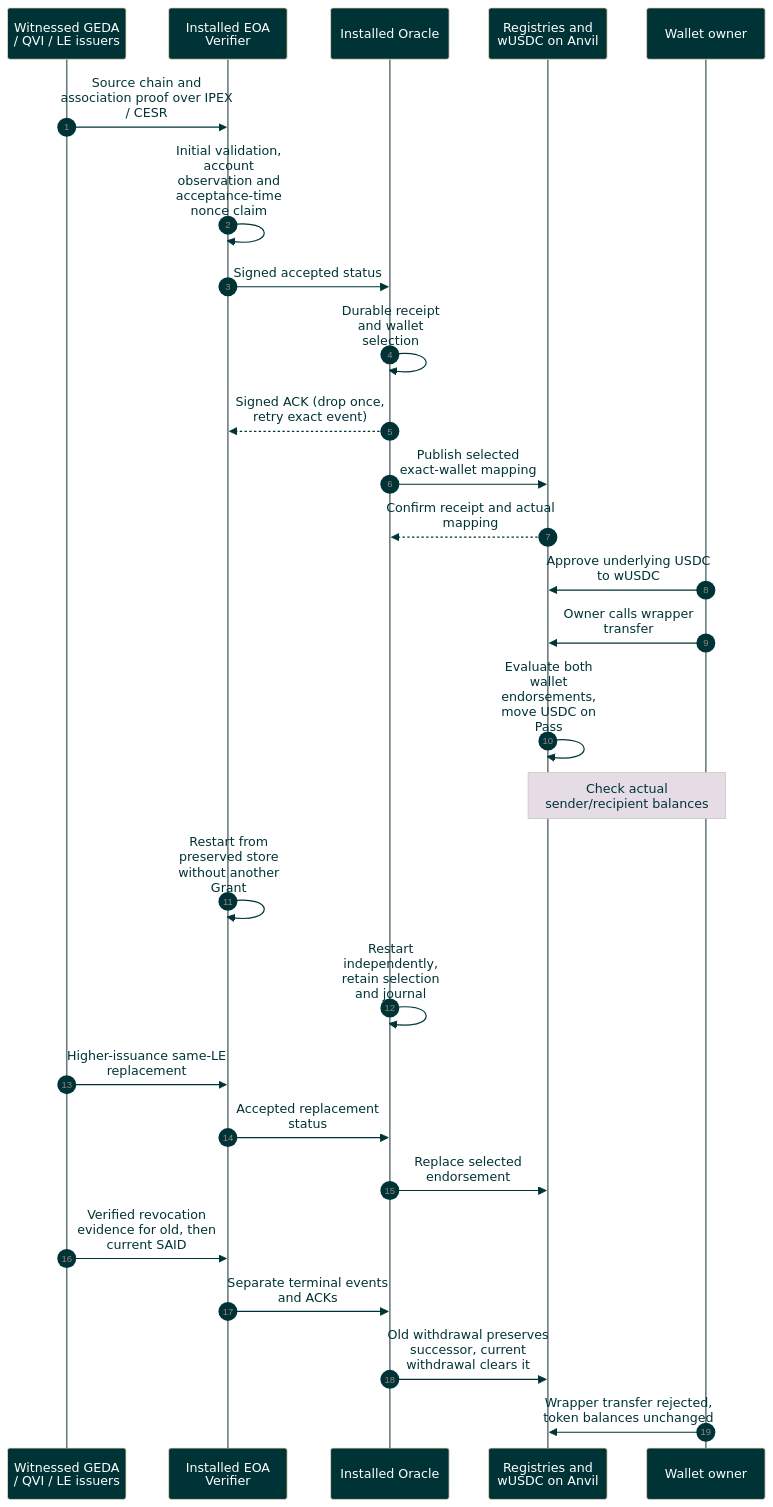
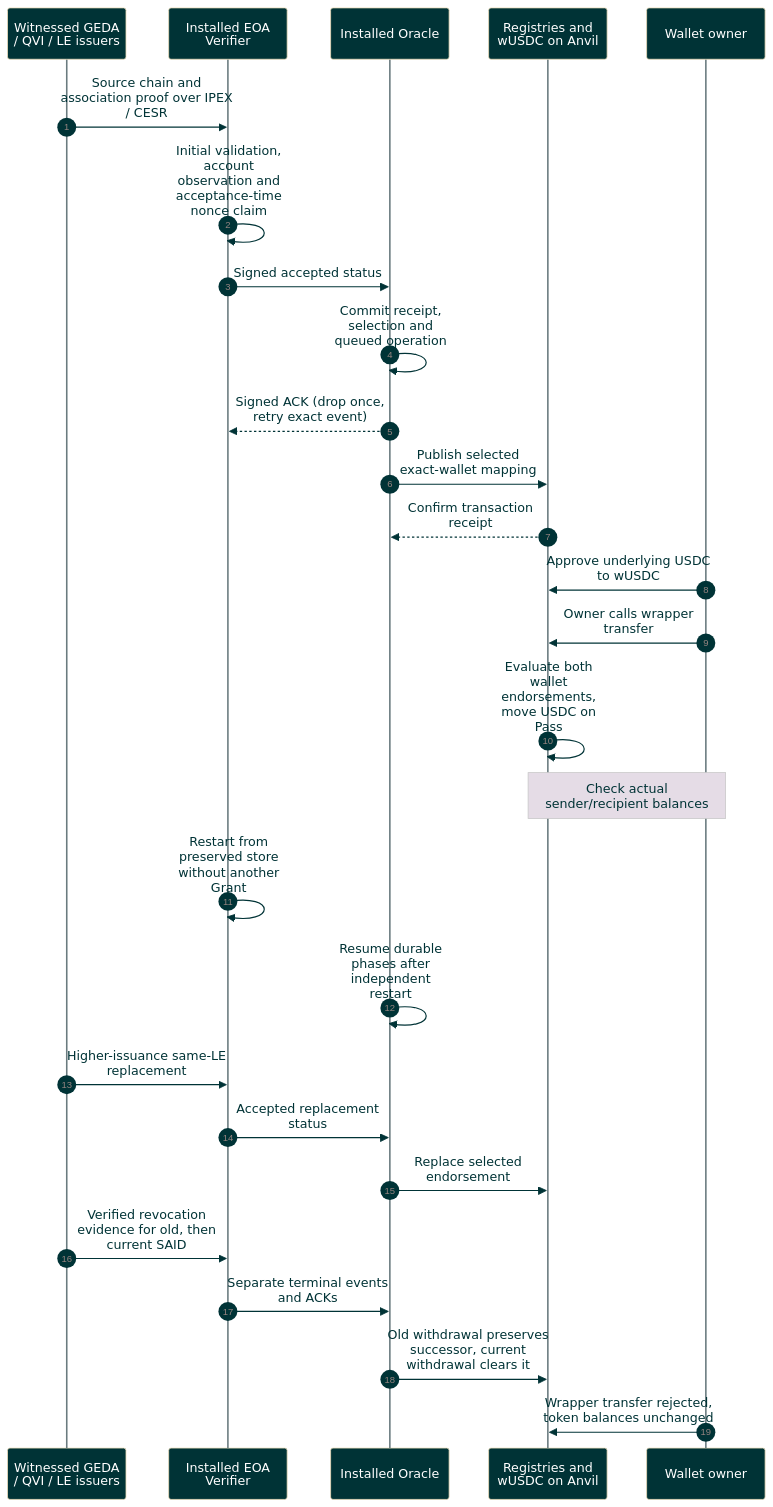
Before and after one commit to GLEIF-IT/vlei-oracle: the diagram in docs/diagrams/sequence/stablecoin-end-to-end-sequence.md, drawn with Mermaid. The commit also changed 25 other files, not shown here.

First line of the commit message:
Replace registry reconciliation with durable posting phases

````diff
--- a/docs/diagrams/sequence/stablecoin-end-to-end-sequence.md
+++ b/docs/diagrams/sequence/stablecoin-end-to-end-sequence.md
@@ -10,30 +10,30 @@
 ```mermaid
 %%{init: {"theme":"base","themeVariables":{"actorBkg":"#003336","actorTextColor":"#FFFFFF","signalColor":"#003336","signalTextColor":"#003336","noteBkgColor":"#E5DCE6","noteTextColor":"#003336","loopTextColor":"#003336","labelTextColor":"#003336","labelBoxBkgColor":"#DFFBC0","labelBoxBorderColor":"#6A7B7F","actorLineColor":"#6A7B7F","lineColor":"#6A7B7F"},"sequence":{"mirrorActors":true,"wrap":true}}}%%
 sequenceDiagram
     autonumber
     participant I as Witnessed GEDA / QVI / LE issuers
     participant V as Installed EOA Verifier
     participant O as Installed Oracle
     participant C as Registries and wUSDC on Anvil
     participant U as Wallet owner
     I->>V: Source chain and association proof over IPEX / CESR
     V->>V: Initial validation, account observation and acceptance-time nonce claim
     V->>O: Signed accepted status
-    O->>O: Durable receipt and wallet selection
+    O->>O: Commit receipt, selection and queued operation
     O-->>V: Signed ACK (drop once, retry exact event)
     O->>C: Publish selected exact-wallet mapping
-    C-->>O: Confirm receipt and actual mapping
+    C-->>O: Confirm transaction receipt
     U->>C: Approve underlying USDC to wUSDC
     U->>C: Owner calls wrapper transfer
     C->>C: Evaluate both wallet endorsements, move USDC on Pass
     Note over U,C: Check actual sender/recipient balances
     V->>V: Restart from preserved store without another Grant
-    O->>O: Restart independently, retain selection and journal
+    O->>O: Resume durable phases after independent restart
     I->>V: Higher-issuance same-LE replacement
     V->>O: Accepted replacement status
     O->>C: Replace selected endorsement
     I->>V: Verified revocation evidence for old, then current SAID
     V->>O: Separate terminal events and ACKs
     O->>C: Old withdrawal preserves successor, current withdrawal clears it
     U->>C: Wrapper transfer rejected, token balances unchanged
 ```
````
